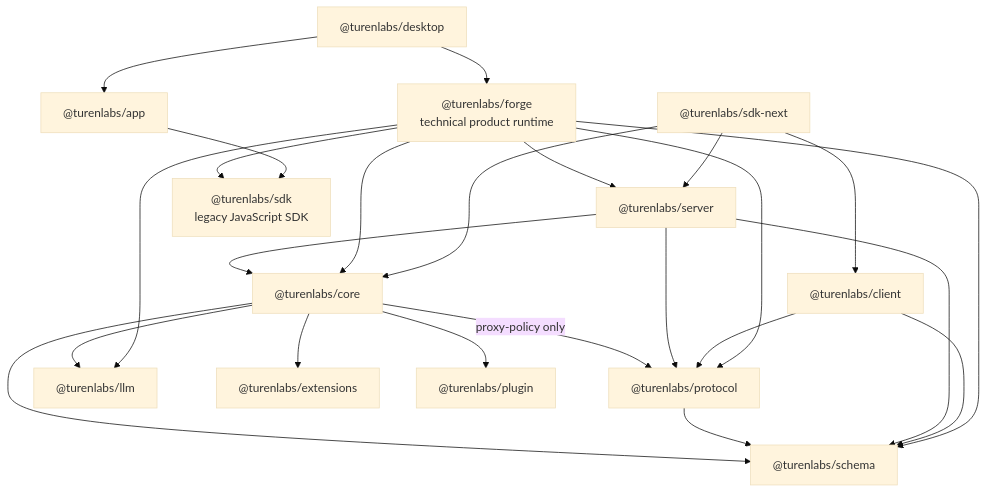
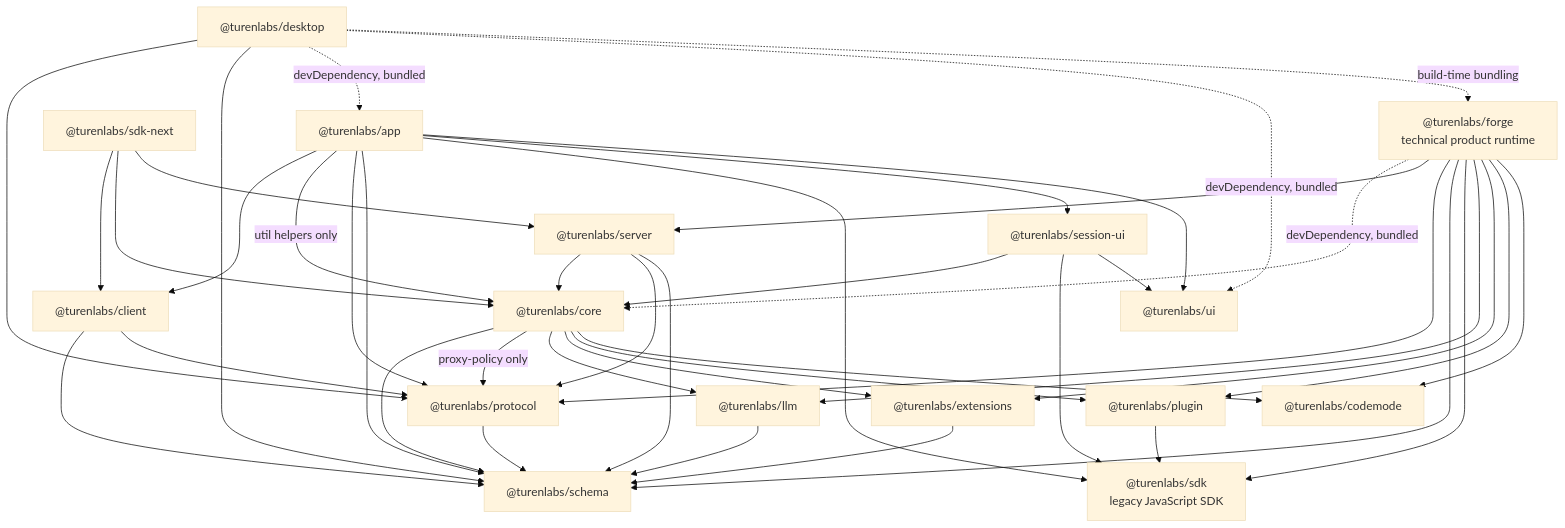
Before and after one commit to turenlabs/turenos: the second of 2 diagrams in docs/architecture/README.md, drawn with Mermaid (base theme). The commit also changed other lines of this file and 105 other files, not shown here.

````diff
--- a/docs/architecture/README.md
+++ b/docs/architecture/README.md
@@ -79,40 +84,62 @@
 ```mermaid
 flowchart TD
     Schema["@turenlabs/schema"]
     Protocol["@turenlabs/protocol"]
     Core["@turenlabs/core"]
     Server["@turenlabs/server"]
     Client["@turenlabs/client"]
     LegacySDK["@turenlabs/sdk\nlegacy JavaScript SDK"]
     ProductRuntime["@turenlabs/forge\ntechnical product runtime"]
     LLM["@turenlabs/llm"]
     Extensions["@turenlabs/extensions"]
     Plugin["@turenlabs/plugin"]
+    CodeMode["@turenlabs/codemode"]
     SDK["@turenlabs/sdk-next"]
+    UI["@turenlabs/ui"]
+    SessionUI["@turenlabs/session-ui"]
     App["@turenlabs/app"]
     Desktop["@turenlabs/desktop"]
 
+    Protocol --> Schema
     Core --> Schema
     Core -->|proxy-policy only| Protocol
-    Protocol --> Schema
+    Core --> LLM
+    Core --> Extensions
+    Core --> Plugin
+    Core --> CodeMode
+    LLM --> Schema
+    Extensions --> Schema
+    Plugin --> LegacySDK
     Server --> Core
     Server --> Protocol
     Server --> Schema
     Client --> Schema
     Client --> Protocol
-    Core --> LLM
-    Core --> Extensions
-    Core --> Plugin
-    ProductRuntime --> Core
+    ProductRuntime -.->|devDependency, bundled| Core
     ProductRuntime --> Server
     ProductRuntime --> Protocol
     ProductRuntime --> Schema
     ProductRuntime --> LegacySDK
     ProductRuntime --> LLM
+    ProductRuntime --> Extensions
+    ProductRuntime --> Plugin
+    ProductRuntime --> CodeMode
     SDK --> Client
     SDK --> Core
     SDK --> Server
+    SessionUI --> Core
+    SessionUI --> LegacySDK
+    SessionUI --> UI
+    App --> Client
+    App -->|util helpers only| Core
+    App --> Protocol
+    App --> Schema
     App --> LegacySDK
-    Desktop --> App
-    Desktop --> ProductRuntime
+    App --> SessionUI
+    App --> UI
+    Desktop --> Protocol
+    Desktop --> Schema
+    Desktop -.->|devDependency, bundled| App
+    Desktop -.->|devDependency, bundled| UI
+    Desktop -.->|build-time bundling| ProductRuntime
 ```
````
